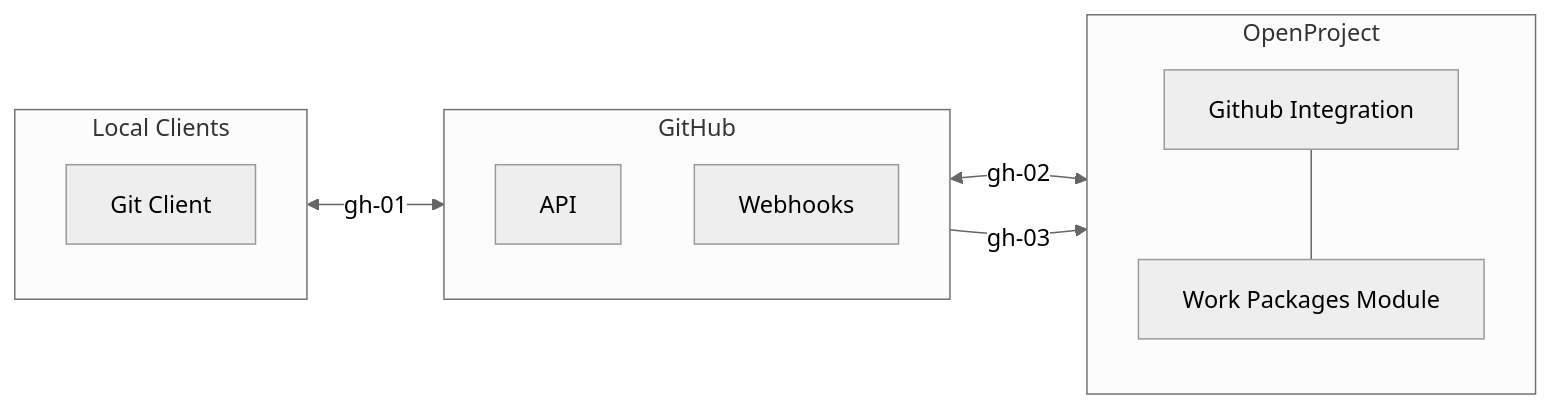
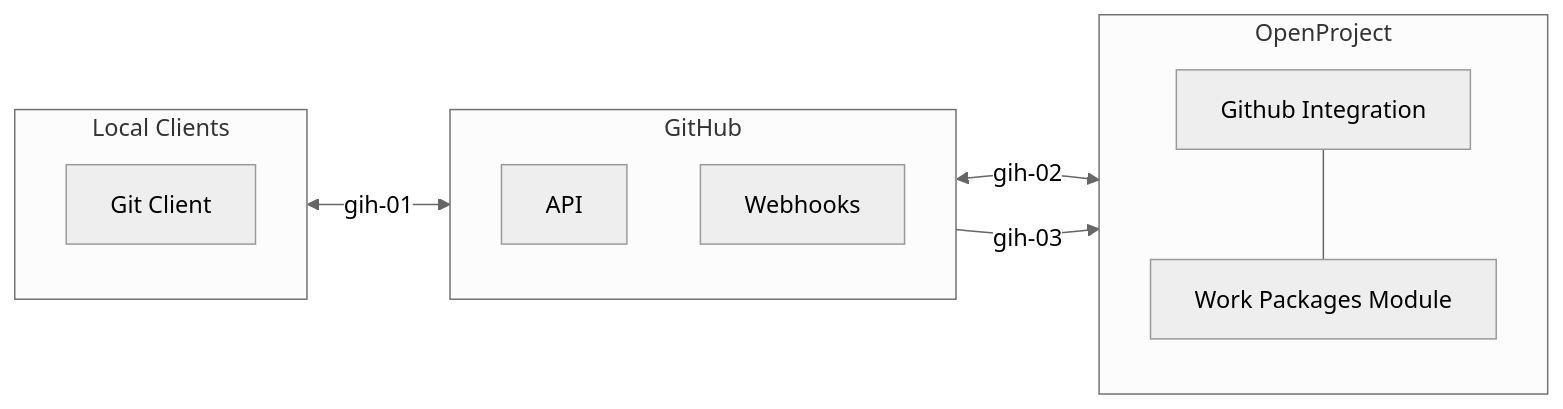
The sixth of 6 diagrams in docs/development/data-flow/README.md (opf/openproject), drawn with Mermaid before and after one commit. The commit also changed other lines of this file, not shown here.

````diff
--- a/docs/development/data-flow/README.md
+++ b/docs/development/data-flow/README.md
@@ -406,26 +464,26 @@
 ```mermaid
 %%{init: {'theme':'neutral'}}%%
 flowchart LR
-	gitclient <-->|gh-01| githubapi
-	githubapi <-->|gh-02| opgithubintegration
-	githubwebhooks -->|gh-03| opgithubintegration
+	gitclient <-->|gih-01| githubapi
+	githubapi <-->|gih-02| opgithubintegration
+	githubwebhooks -->|gih-03| opgithubintegration
 
   subgraph GitHub
    direction TB
   	githubapi[API]
 	githubwebhooks[Webhooks]
 
 	end
 	
 	subgraph localclients[Local Clients]
    direction TB
   	gitclient[Git Client]
 	end
 
   subgraph openproject[OpenProject]
    direction TB
   	opgithubintegration[Github Integration] --- workpackagesmodule[Work Packages Module]
 	end
   
   
 ```
````
